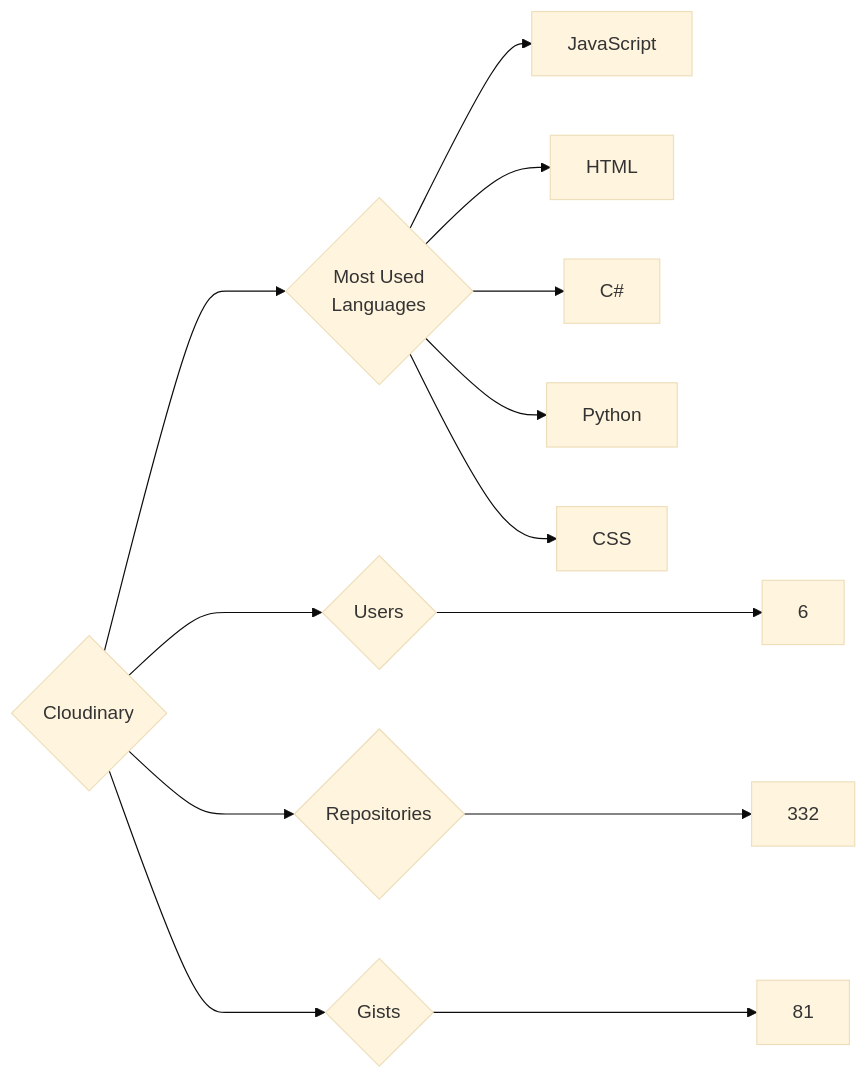
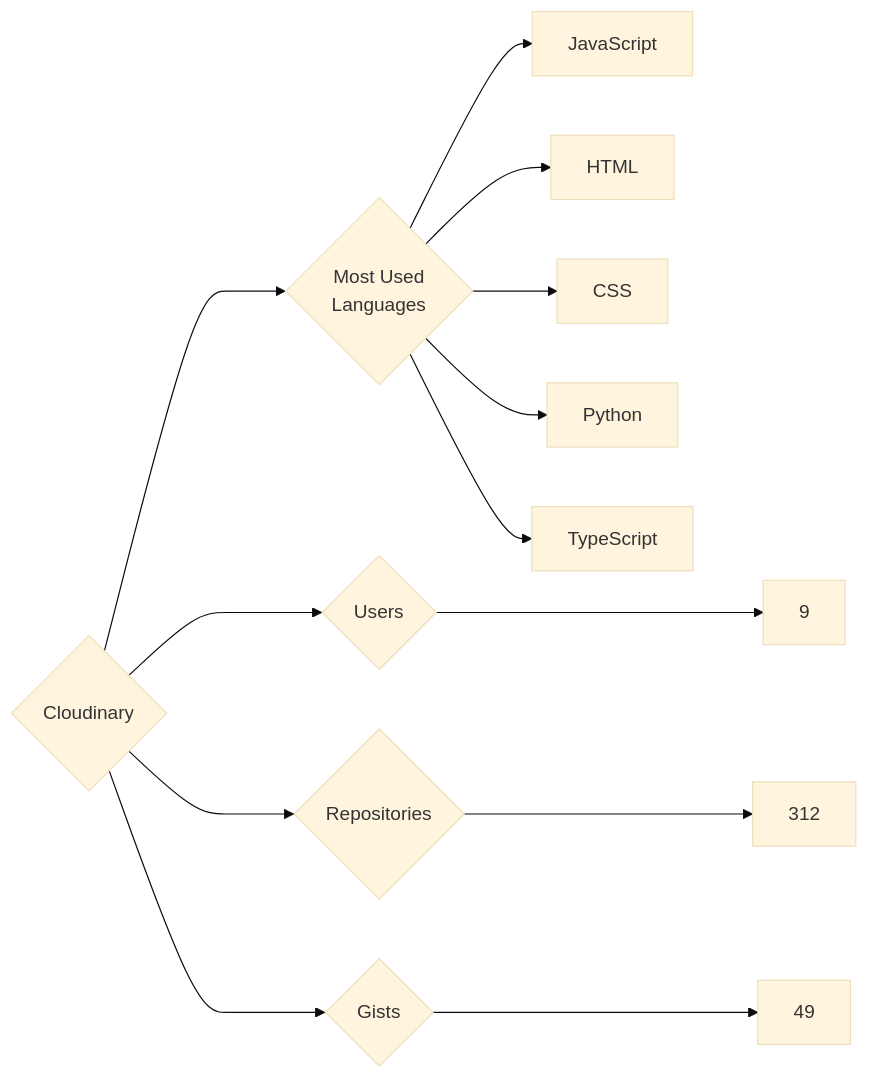
Before and after one commit to trickest/insiders: the diagram in targets/Cloudinary/README.md, drawn with Mermaid (base theme). The commit also changed 1092 other files, not shown here.

````diff
--- a/targets/Cloudinary/README.md
+++ b/targets/Cloudinary/README.md
@@ -3,13 +3,13 @@
 ```mermaid
 graph LR
 COMPANY_NAME{Cloudinary}
-COMPANY_NAME ---> U{Users} ---> UN[6]
-COMPANY_NAME ---> R{Repositories} ---> RN[332]
-COMPANY_NAME ---> G{Gists} ---> GN[81]
+COMPANY_NAME ---> U{Users} ---> UN[9]
+COMPANY_NAME ---> R{Repositories} ---> RN[312]
+COMPANY_NAME ---> G{Gists} ---> GN[49]
 COMPANY_NAME ---> ML{Most Used<br>Languages}
 ML --> JavaScript[JavaScript]
 ML --> HTML[HTML]
-ML --> C#[C#]
+ML --> CSS[CSS]
 ML --> Python[Python]
-ML --> CSS[CSS]
+ML --> TypeScript[TypeScript]
 ```
````
